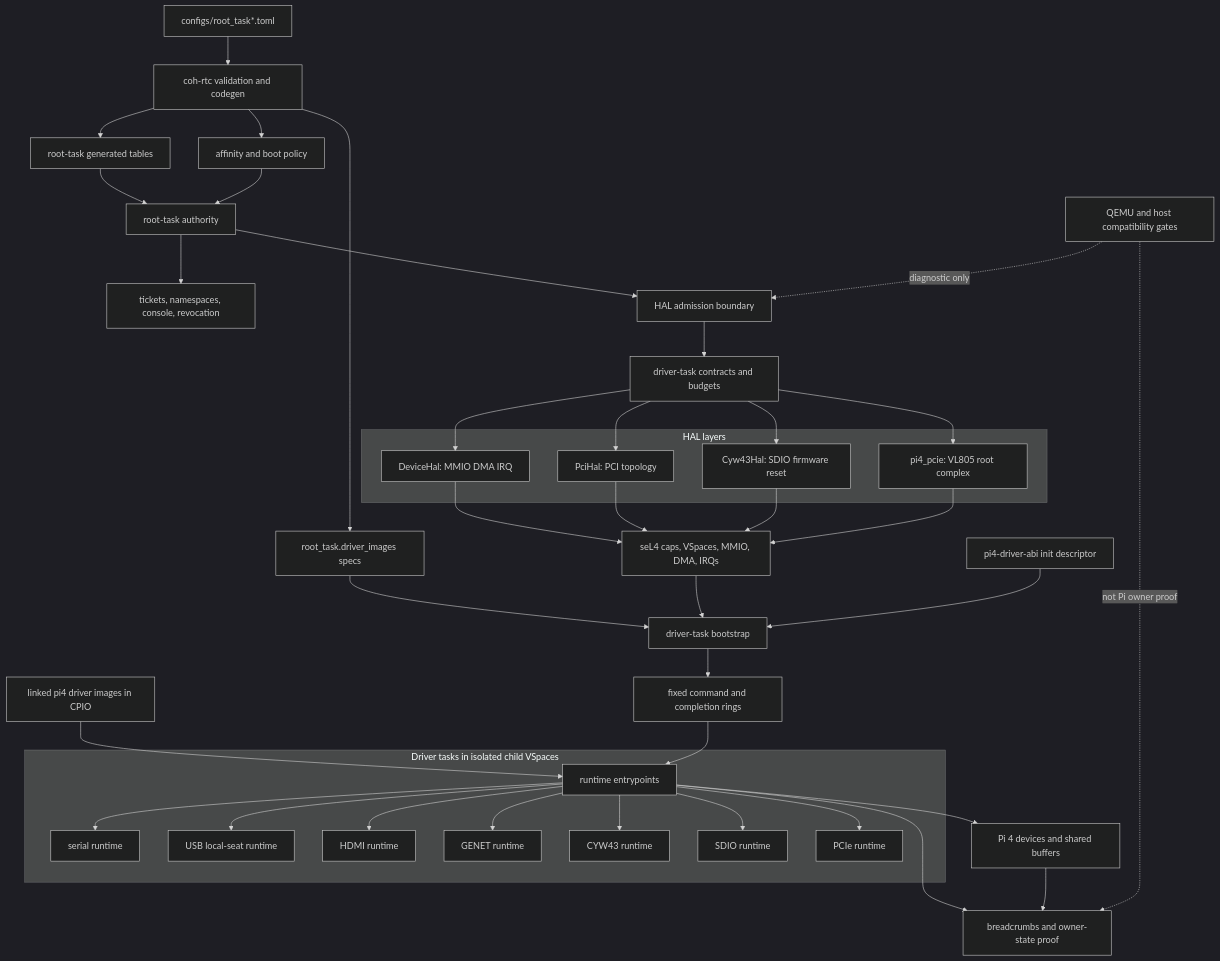
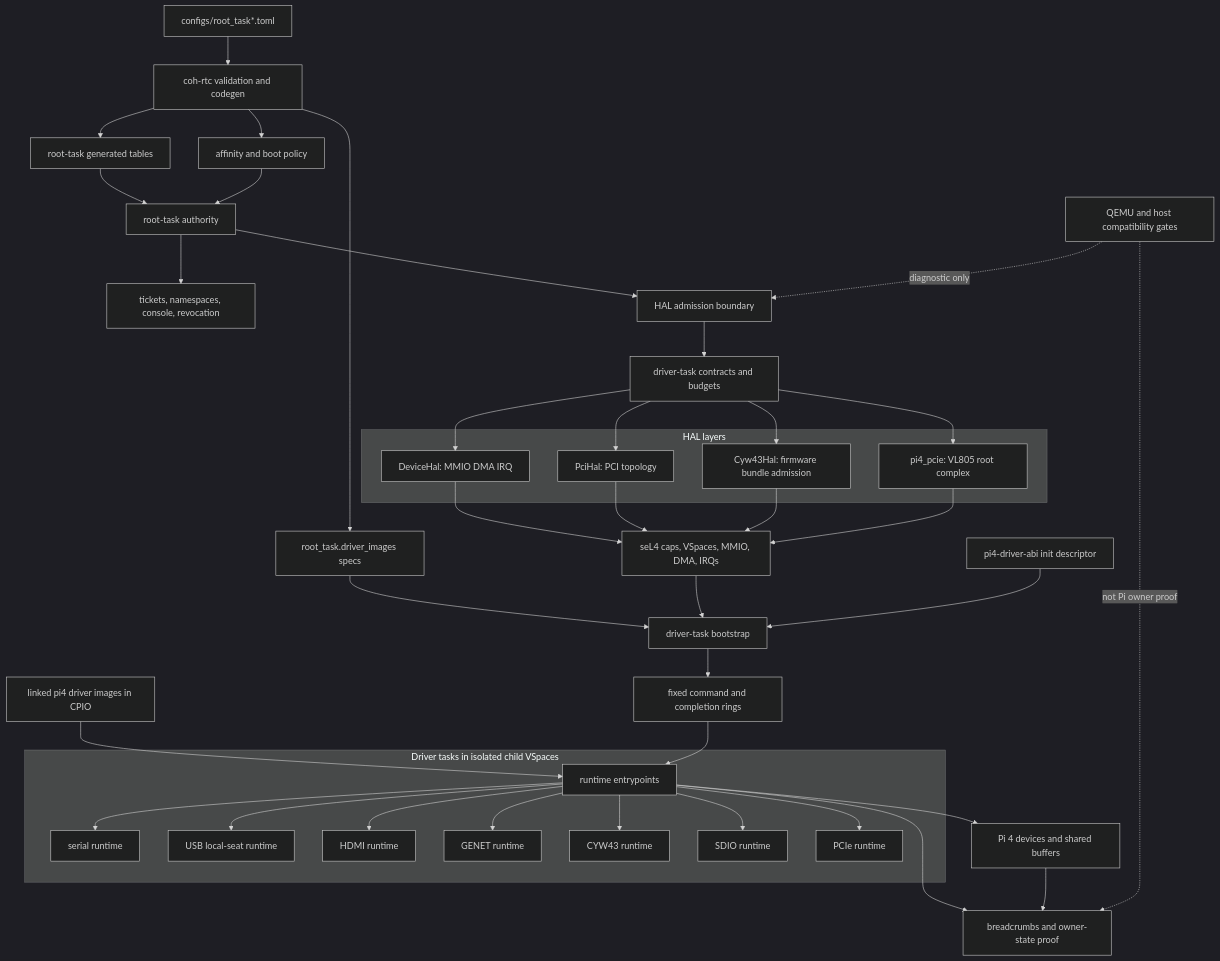
The diagram in docs/DRIVERS.md (lukeb-aidev/cohesix), drawn with Mermaid (dark theme) before and after one commit. The commit also changed other lines of this file and 10 other files, not shown here.

````diff
--- a/docs/DRIVERS.md
+++ b/docs/DRIVERS.md
@@ -160,76 +162,76 @@
 ```mermaid
 flowchart TD
     manifest["configs/root_task*.toml"]
     rtc["coh-rtc validation and codegen"]
     tables["root-task generated tables"]
     specs["root_task.driver_images specs"]
     policy["affinity and boot policy"]
     root["root-task authority"]
     retained["tickets, namespaces, console, revocation"]
     hal["HAL admission boundary"]
     contracts["driver-task contracts and budgets"]
     caps["seL4 caps, VSpaces, MMIO, DMA, IRQs"]
     abi["pi4-driver-abi init descriptor"]
     boot["driver-task bootstrap"]
     images["linked pi4 driver images in CPIO"]
     rings["fixed command and completion rings"]
     devices["Pi 4 devices and shared buffers"]
     proof["breadcrumbs and owner-state proof"]
     compat["QEMU and host compatibility gates"]
 
     manifest --> rtc
     rtc --> tables
     rtc --> specs
     rtc --> policy
     tables --> root
     policy --> root
     root --> retained
     root --> hal
     specs --> boot
     hal --> contracts
 
     subgraph layers["HAL layers"]
         deviceHal["DeviceHal: MMIO DMA IRQ"]
         pciHal["PciHal: PCI topology"]
-        cywHal["Cyw43Hal: SDIO firmware reset"]
+        cywHal["Cyw43Hal: firmware bundle admission"]
         pcieHal["pi4_pcie: VL805 root complex"]
     end
 
     contracts --> deviceHal
     contracts --> pciHal
     contracts --> cywHal
     contracts --> pcieHal
     deviceHal --> caps
     pciHal --> caps
     cywHal --> caps
     pcieHal --> caps
     caps --> boot
     abi --> boot
     boot --> rings
 
     subgraph runtimes["Driver tasks in isolated child VSpaces"]
         entry["runtime entrypoints"]
         serial["serial runtime"]
         usb["USB local-seat runtime"]
         hdmi["HDMI runtime"]
         genet["GENET runtime"]
         cyw43["CYW43 runtime"]
         sdio["SDIO runtime"]
         pcie["PCIe runtime"]
         entry --> serial
         entry --> usb
         entry --> hdmi
         entry --> genet
         entry --> cyw43
         entry --> sdio
         entry --> pcie
     end
 
     images --> entry
     rings --> entry
     entry --> devices
     entry --> proof
     devices --> proof
     compat -. "diagnostic only" .-> hal
     compat -. "not Pi owner proof" .-> proof
 ```
````
